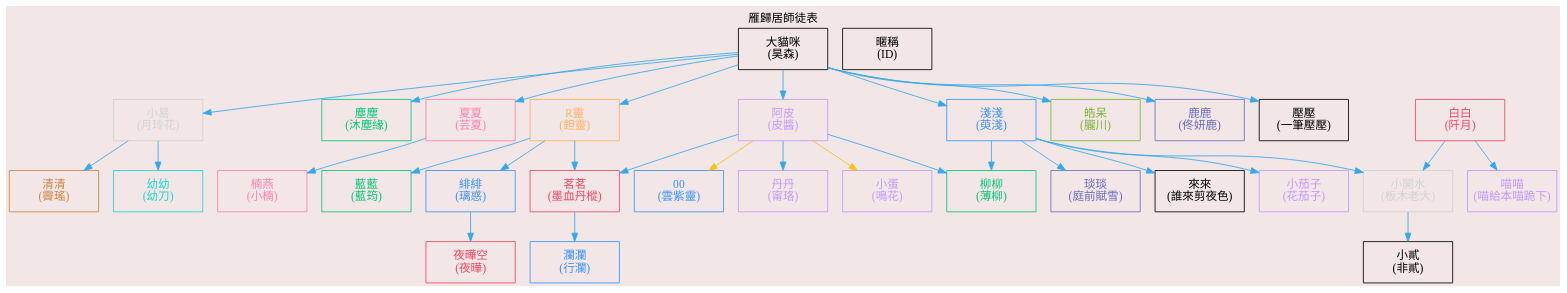
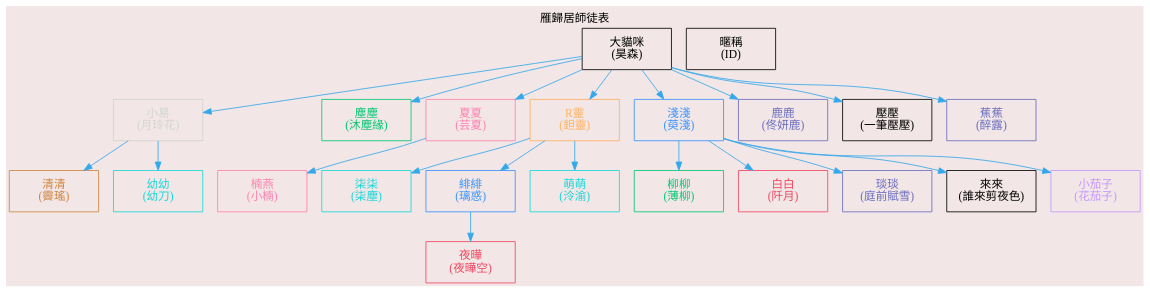
The first of 4 diagrams in README.md (necro-wbj/-), drawn with Graphviz before and after one commit. The commit also changed other lines of this file, not shown here.

Commit message:
更新柒塵&不在的人移除

````diff
--- a/README.md
+++ b/README.md
@@ -1,63 +1,64 @@
 ```dot
 digraph {
     bgcolor="#F2E6E6";
     label="雁歸居師徒表";
     labelloc="t";
     labeldistance=10;
     edge[color="#34a8eb"];
     node[fontname="微軟正黑體",shape=box,fixedsize=true,height=0.7,width=1.5];
     //"帥氣的小姐姐"[label="帥氣的小姐姐\n(葬雪調)",color="#FF81B0",fontcolor="#FF81B0"]
     "大貓咪"[label="大貓咪\n(昊森)",color="black",fontcolor="black"]
-    "藍藍"[label="藍藍\n(藍筠)",color="#02C874",fontcolor="#02C874"]
+    "柒塵"[label="柒柒\n(柒塵)",color="#16D8D8",fontcolor="#16D8D8"]
     "小易"[label="小易\n(月玲花)",color="lightgray",fontcolor="lightgray"]
     "清清"[label="清清\n(霽瑤)",color="#CD853F",fontcolor="#CD853F"]
     "幼幼"[label="幼幼\n(幼刀)",color="#16D8D8",fontcolor="#16D8D8"]
     "塵塵"[label="塵塵\n(沐塵緣)",color="#02C874",fontcolor="#02C874"]
     //"羊肉爐"[label="羊肉爐\n(墨曲紫濤)",color="#16D8D8",fontcolor="#16D8D8"]
     "柳柳"[label="柳柳\n(薄柳)",color="#02C874",fontcolor="#02C874"]
     //"小九"[label="小九\n(柳朔方)",color="#6A6CBD",fontcolor="#6A6CBD"]
     "夏夏"[label="夏夏\n(芸夏)",color="#FF81B0",fontcolor="#FF81B0"]
     "R靈"[label="R靈\n(鉭靈)",color="#FFB25F",fontcolor="#FFB25F"]
     "白白"[label="白白\n(阡月)",color="#F04660",fontcolor="#F04660"]
     //"R涼"[label="R涼\n(涼宸)",color="#16D8D8",fontcolor="#16D8D8"]
-    "阿皮"[label="阿皮\n(皮醬)",color="#C498FF",fontcolor="#C498FF"]
-    "00"[label="00\n(雲紫靈)",color="#3793FF",fontcolor="#3793FF"]
+    //"阿皮"[label="阿皮\n(皮醬)",color="#C498FF",fontcolor="#C498FF"]
+    //"00"[label="00\n(雲紫靈)",color="#3793FF",fontcolor="#3793FF"]
     //"小天"[label="小天\n(傲凌雲濤)",color="black",fontcolor="black"]
     "淺淺"[label="淺淺\n(萸淺)",color="#3793FF",fontcolor="#3793FF"]
     //"小貓貓"[label="小貓貓\n(貓尾蝶)",color="lightgray",fontcolor="lightgray"]
     "緋緋"[label="緋緋\n(璃惑)",color="#3793FF",fontcolor="#3793FF"]
-    "皓呆"[label="皓呆\n(朧川)",color="#79B736",fontcolor="#79B736"]
-    "瀾瀾"[label="瀾瀾\n(行瀾)",color="#3793FF",fontcolor="#3793FF"]
+    //"皓呆"[label="皓呆\n(朧川)",color="#79B736",fontcolor="#79B736"]
+    //"瀾瀾"[label="瀾瀾\n(行瀾)",color="#3793FF",fontcolor="#3793FF"]
     //"阿夜"[label="阿夜\n(長孫雪夜)",color="#B43C00",fontcolor="#B43C00"]
     //"梨子"[label="梨子\n(蘇沐)",color="#FF81B0",fontcolor="#FF81B0"]
-    "小開水"[label="小開水\n(板木老大)",color="lightgray",fontcolor="lightgray"]
-    "茗茗"[label="茗茗\n(墨血丹樅)",color="#F04660",fontcolor="#F04660"]
-    "丹丹"[label="丹丹\n(甯珞)",color="#C498FF",fontcolor="#C498FF"]
+    //"小開水"[label="小開水\n(板木老大)",color="lightgray",fontcolor="lightgray"]
+    "萌萌"[label="萌萌\n(泠渝)",color="#16D8D8",fontcolor="#16D8D8"]
+    //"丹丹"[label="丹丹\n(甯珞)",color="#C498FF",fontcolor="#C498FF"]
     "楠燕"[label="楠燕\n(小楠)",color="#FF81B0",fontcolor="#FF81B0"]
     "琰琰"[label="琰琰\n(庭前賦雪)",color="#6A6CBD",fontcolor="#6A6CBD"]
     //"仟仟"[label="仟仟\n(上雨知弦)",color="black",fontcolor="black"]
-    "小貳"[label="小貳\n(非貳)",color="black",fontcolor="black"]
+    //"小貳"[label="小貳\n(非貳)",color="black",fontcolor="black"]
     //"73"[label="73\n(青衫不改去年)",color="black",fontcolor="black"]
-    "夜曄空"[label="夜曄空\n(夜曄)",color="#F04660",fontcolor="#F04660"]
+    "夜曄"[label="夜曄\n(夜曄空)",color="#F04660",fontcolor="#F04660"]
     "鹿鹿"[label="鹿鹿\n(佟妍鹿)",color="#6A6CBD",fontcolor="#6A6CBD"]
     "來來"[label="來來\n(誰來剪夜色)",color="black",fontcolor="black"]
     "小茄子"[label="小茄子\n(花茄子)",color="#C498FF",fontcolor="#C498FF"]
-    "小蛋"[label="小蛋\n(鳴花)",color="#C498FF",fontcolor="#C498FF"]
-    "喵喵"[label="喵喵\n(喵給本喵跪下)",color="#C498FF",fontcolor="#C498FF"]
+    //"小蛋"[label="小蛋\n(鳴花)",color="#C498FF",fontcolor="#C498FF"]
+    //"喵喵"[label="喵喵\n(喵給本喵跪下)",color="#C498FF",fontcolor="#C498FF"]
     "壓壓"[label="壓壓\n(一筆壓壓)",color="black",fontcolor="black"]
-
+    "蕉蕉"[label="蕉蕉\n(醉露)",color="#6A6CBD",fontcolor="#6A6CBD"]
+    
     {rank = same;大貓咪 "暱稱\n(ID)"}
-    大貓咪->{R靈 阿皮 小易 夏夏 塵塵 淺淺 皓呆 鹿鹿 壓壓}
-    淺淺->{琰琰 柳柳 來來 小茄子}
-    {白白 淺淺}->小開水
-    白白->{喵喵}
+    大貓咪->{小易 夏夏 塵塵 R靈 淺淺 鹿鹿 壓壓 蕉蕉}
+    淺淺->{琰琰 柳柳 來來 小茄子 白白}
+    // {白白 淺淺}->小開水
+    // 白白->喵喵
     小易->{清清 幼幼}
-    阿皮->{柳柳 茗茗 丹丹}
-    阿皮->{00 小蛋} [color = "#f1c40f"]
-    R靈->{藍藍 緋緋 茗茗}
-    茗茗->{瀾瀾}
-    緋緋->{夜曄空}
+    // 阿皮->{柳柳 萌萌 丹丹}
+    // 阿皮->{00 小蛋} [color = "#f1c40f"]
+    R靈->{柒塵 緋緋 萌萌}
+    萌萌->{}
+ 緋緋->{夜曄}
     夏夏->{楠燕}
-    小開水->{小貳}
+    //小開水->{小貳}
 }
 ```
````
